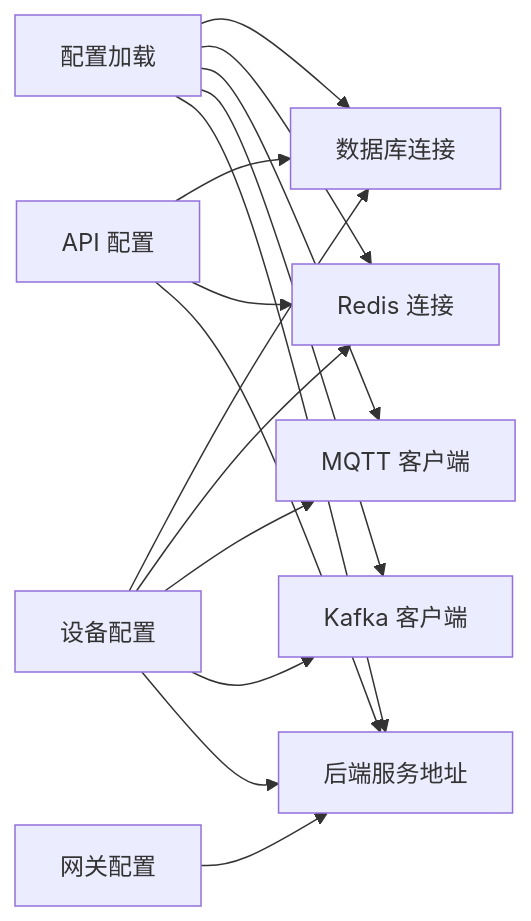
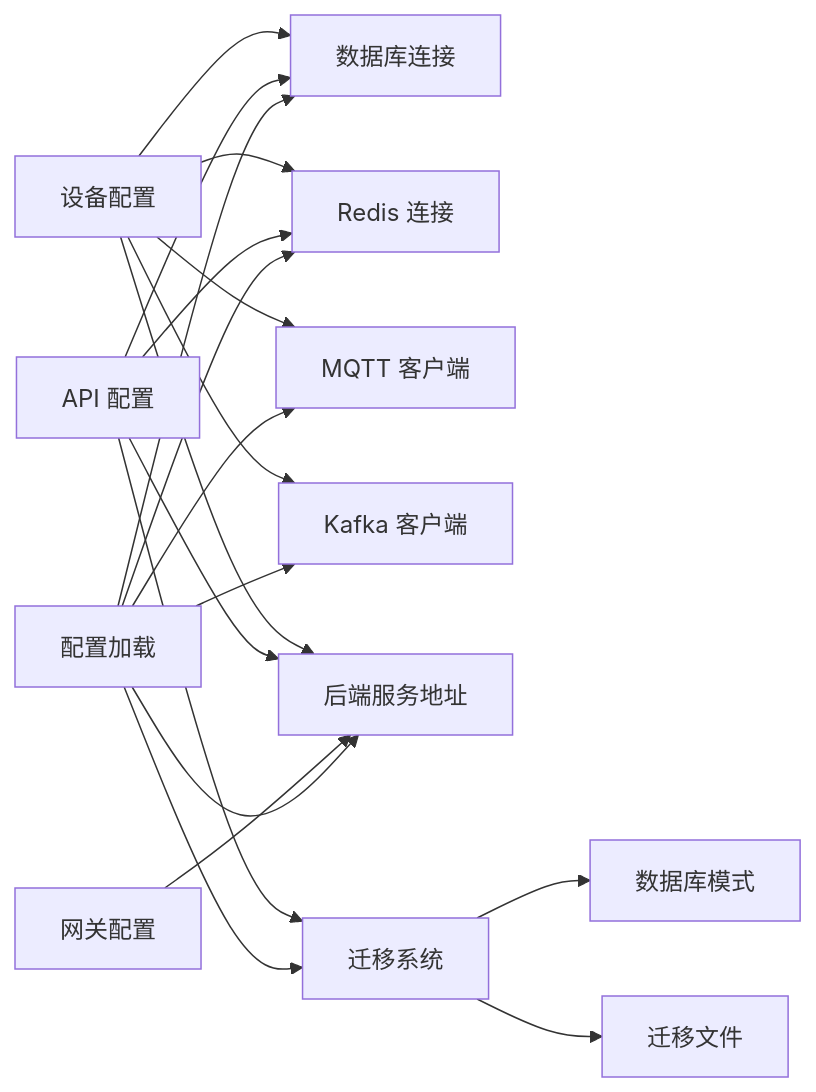
Before and after one commit to mcmrzy/cs_inv_monitor-develop: the seventh of 7 diagrams in .qoder/repowiki/zh/content/设备服务器/配置管理.md, drawn with Mermaid. The commit also changed other lines of this file and 28 other files, not shown here.

````diff
--- a/.qoder/repowiki/zh/content/设备服务器/配置管理.md
+++ b/.qoder/repowiki/zh/content/设备服务器/配置管理.md
@@ -287,17 +389,21 @@
 ```mermaid
 graph LR
 CFG["配置加载"] --> DB["数据库连接"]
 CFG --> RDS["Redis 连接"]
 CFG --> MQ["MQTT 客户端"]
 CFG --> KFK["Kafka 客户端"]
 CFG --> BE["后端服务地址"]
+CFG --> MIGR["迁移系统"]
 GCFG["网关配置"] --> BE
 ACFG["API 配置"] --> DB
 ACFG --> RDS
 ACFG --> BE
+ACFG --> MIGR
 DCFG["设备配置"] --> DB
 DCFG --> RDS
 DCFG --> MQ
 DCFG --> KFK
 DCFG --> BE
+MIGR --> SCHEMA["数据库模式"]
+MIGR --> FILES["迁移文件"]
 ```
````
